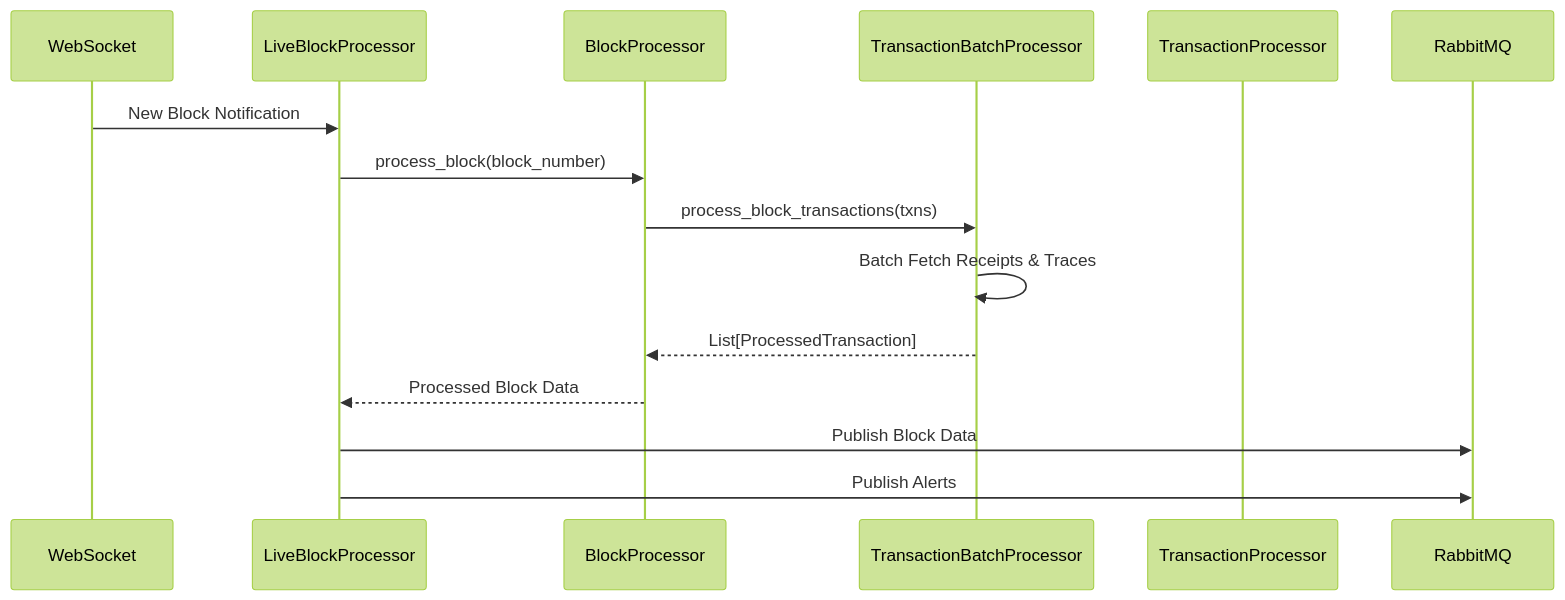
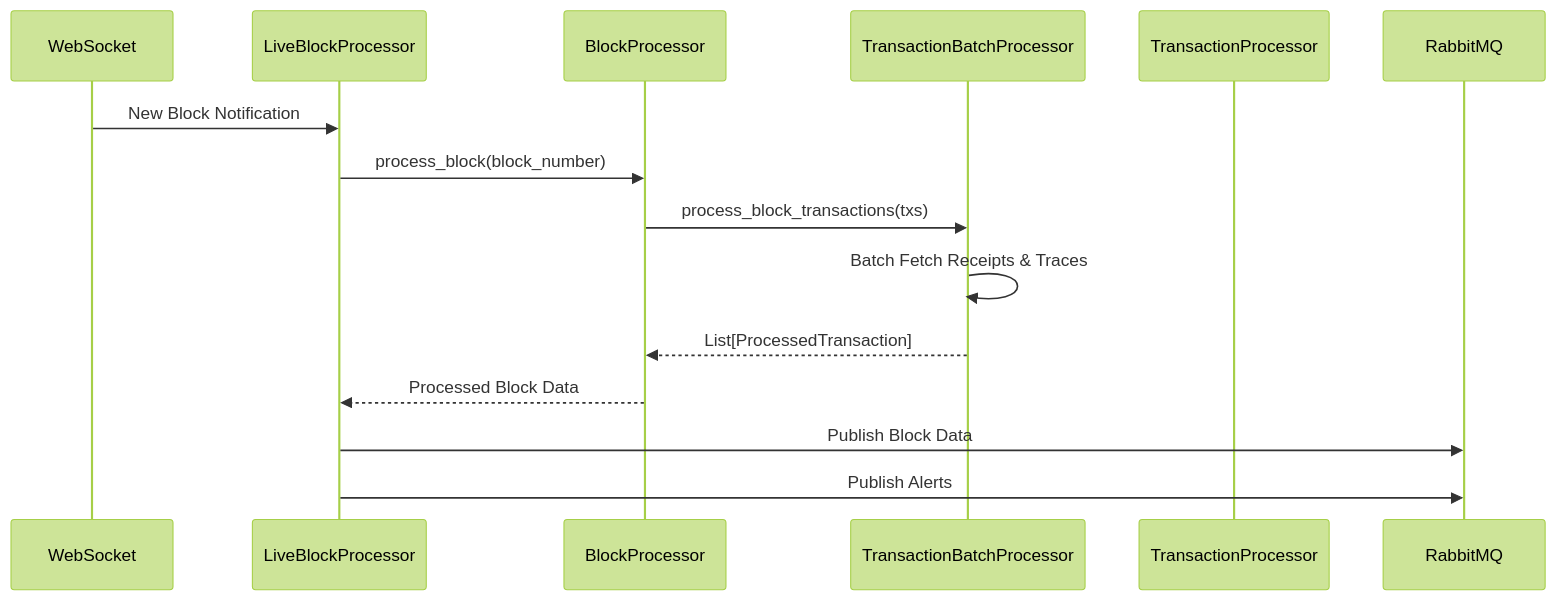
One commit to NimaMan/eth changed the second of 2 diagrams in pyeth/eth_data/README.md. Above: the diagram before and after it, drawn with Mermaid (forest theme). The commit also changed other lines of this file and 82 other files, not shown here.

````diff
--- a/pyeth/eth_data/README.md
+++ b/pyeth/eth_data/README.md
@@ -89,18 +89,18 @@
 ```mermaid
 sequenceDiagram
     participant WS as WebSocket
     participant LBP as LiveBlockProcessor
     participant BP as BlockProcessor
     participant TBP as TransactionBatchProcessor
     participant TP as TransactionProcessor
     participant RMQ as RabbitMQ
 
     WS->>LBP: New Block Notification
     LBP->>BP: process_block(block_number)
-    BP->>TBP: process_block_transactions(txns)
+    BP->>TBP: process_block_transactions(txs)
     TBP->>TBP: Batch Fetch Receipts & Traces
     TBP-->>BP: List[ProcessedTransaction]
     BP-->>LBP: Processed Block Data
     LBP->>RMQ: Publish Block Data
     LBP->>RMQ: Publish Alerts
 ```
````
